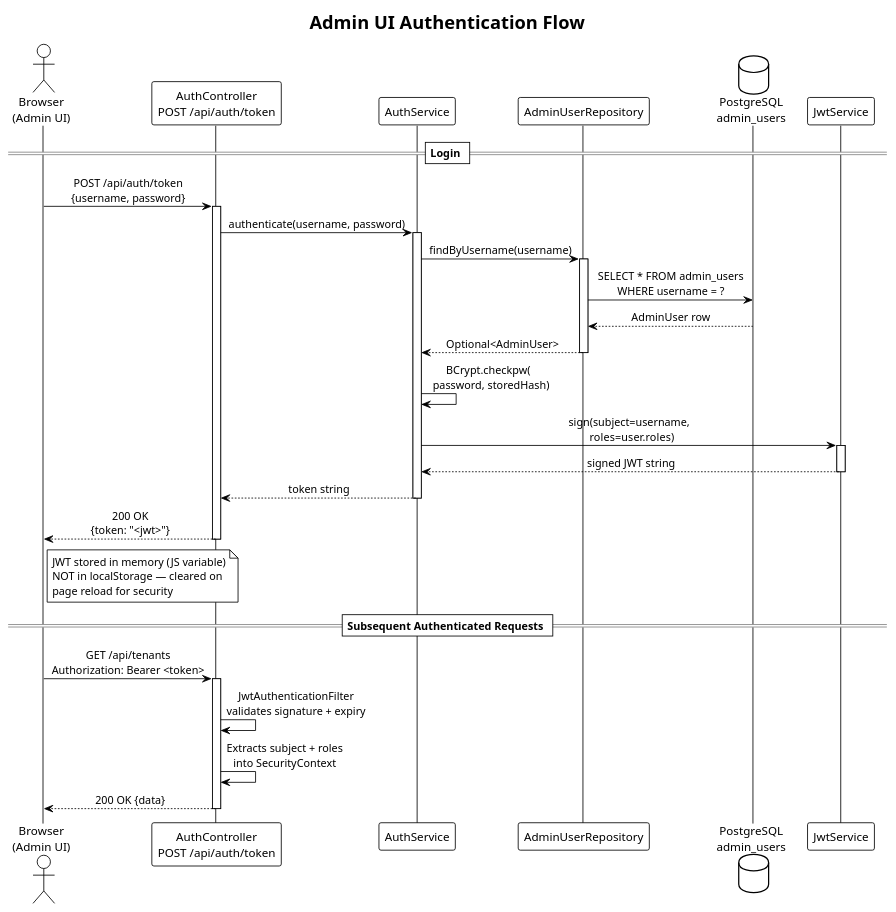
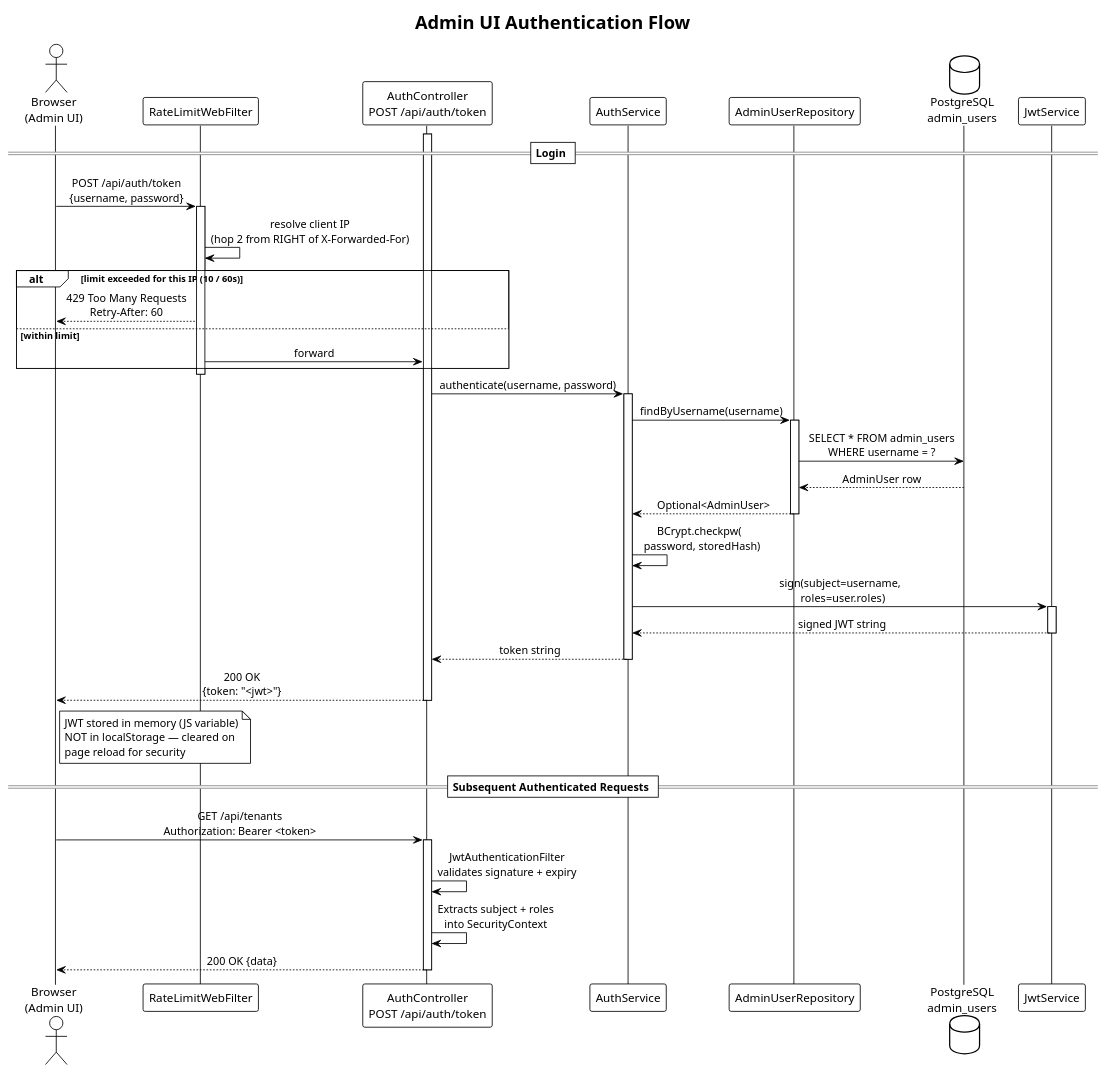
The diagram in documentation/diagrams/sequence-admin-auth.puml (theyellow/ecip), drawn with PlantUML before and after one commit. The commit also changed 33 other files, not shown here.

First line of the commit message:
feat(p3.6): per-user/IP rate limiting with trusted client IP (#239)

```diff
--- a/documentation/diagrams/sequence-admin-auth.puml
+++ b/documentation/diagrams/sequence-admin-auth.puml
@@ -1,55 +1,66 @@
 @startuml Sequence_Admin_Auth
 ' Purpose: Admin UI authentication flow — credential verification and JWT issuance
 ' Used in: user-guide.adoc - Login section
 
 !theme plain
 skinparam sequenceMessageAlign center
 skinparam responseMessageBelowArrow true
 
 title Admin UI Authentication Flow
 
 actor "Browser\n(Admin UI)" as Browser
+participant "RateLimitWebFilter" as RL
 participant "AuthController\nPOST /api/auth/token" as AC
 participant "AuthService" as AS
 participant "AdminUserRepository" as Repo
 database "PostgreSQL\nadmin_users" as DB
 participant "JwtService" as JWT
 
 == Login ==
 
-Browser -> AC : POST /api/auth/token\n{username, password}
+Browser -> RL : POST /api/auth/token\n{username, password}
+activate RL
+RL -> RL : resolve client IP\n(hop 2 from RIGHT of X-Forwarded-For)
+
+alt limit exceeded for this IP (10 / 60s)
+    RL --> Browser : 429 Too Many Requests\nRetry-After: 60
+else within limit
+    RL -> AC : forward
+end
+deactivate RL
+
 activate AC
 AC -> AS : authenticate(username, password)
 activate AS
 AS -> Repo : findByUsername(username)
 activate Repo
 Repo -> DB : SELECT * FROM admin_users\nWHERE username = ?
 DB --> Repo : AdminUser row
 Repo --> AS : Optional<AdminUser>
 deactivate Repo
 AS -> AS : BCrypt.checkpw(\n  password, storedHash)
 AS -> JWT : sign(subject=username,\n  roles=user.roles)
 activate JWT
 JWT --> AS : signed JWT string
 deactivate JWT
 AS --> AC : token string
 deactivate AS
 AC --> Browser : 200 OK\n{token: "<jwt>"}
 deactivate AC
 
 note right of Browser
   JWT stored in memory (JS variable)
   NOT in localStorage — cleared on
   page reload for security
 end note
 
 == Subsequent Authenticated Requests ==
 
 Browser -> AC : GET /api/tenants\nAuthorization: Bearer <token>
 activate AC
 AC -> AC : JwtAuthenticationFilter\nvalidates signature + expiry
 AC -> AC : Extracts subject + roles\ninto SecurityContext
 AC --> Browser : 200 OK {data}
 deactivate AC
 
 @enduml
```
